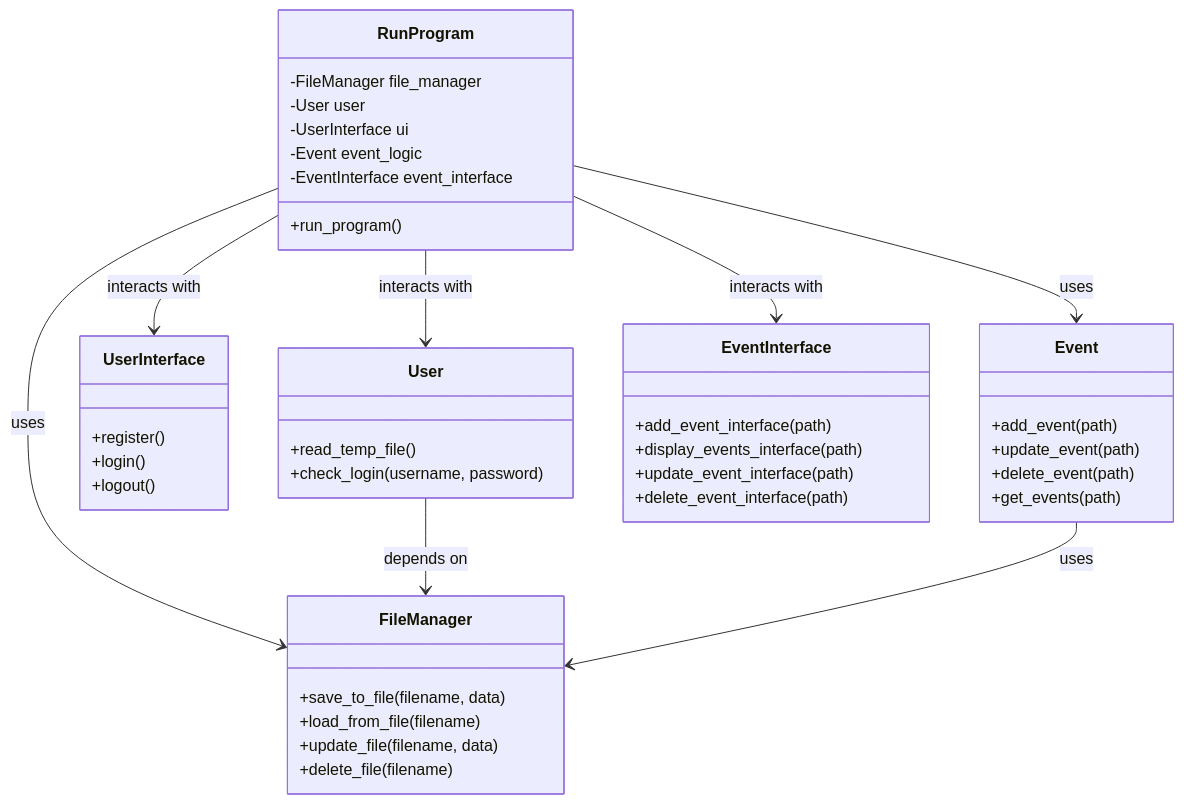
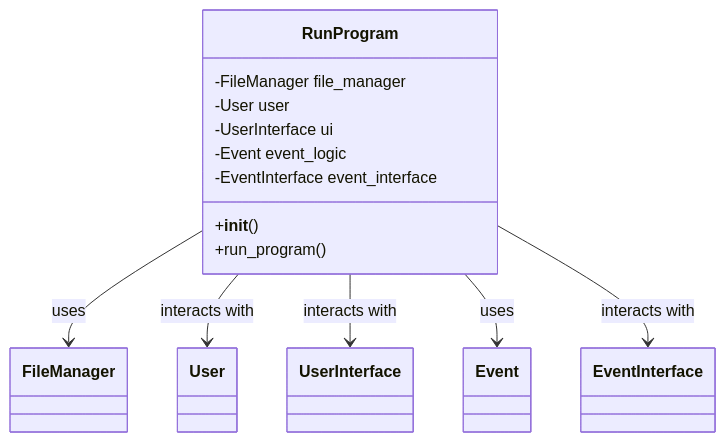
Before and after one commit to YuriyMavko/test: the diagram in README.md, drawn with Mermaid.

````diff
--- a/README.md
+++ b/README.md
@@ -1,53 +1,27 @@
 ```mermaid
 classDiagram
     class RunProgram {
         -FileManager file_manager
         -User user
         -UserInterface ui
         -Event event_logic
         -EventInterface event_interface
+        +__init__()
         +run_program()
     }
 
-    class User {
-        +read_temp_file()
-        +check_login(username, password)
-    }
-
-    class UserInterface {
-        +register()
-        +login()
-        +logout()
-    }
-
-    class Event {
-        +add_event(path)
-        +update_event(path)
-        +delete_event(path)
-        +get_events(path)
-    }
-
-    class EventInterface {
-        +add_event_interface(path)
-        +display_events_interface(path)
-        +update_event_interface(path)
-        +delete_event_interface(path)
-    }
-
-    class FileManager {
-        +save_to_file(filename, data)
-        +load_from_file(filename)
-        +update_file(filename, data)
-        +delete_file(filename)
-    }
+    class FileManager
+    class User
+    class UserInterface
+    class Event
+    class EventInterface
 
     RunProgram --> FileManager : uses
     RunProgram --> User : interacts with
     RunProgram --> UserInterface : interacts with
     RunProgram --> Event : uses
     RunProgram --> EventInterface : interacts with
-    User --> FileManager : depends on
-    Event --> FileManager : uses
+
 
 
 ```
````
